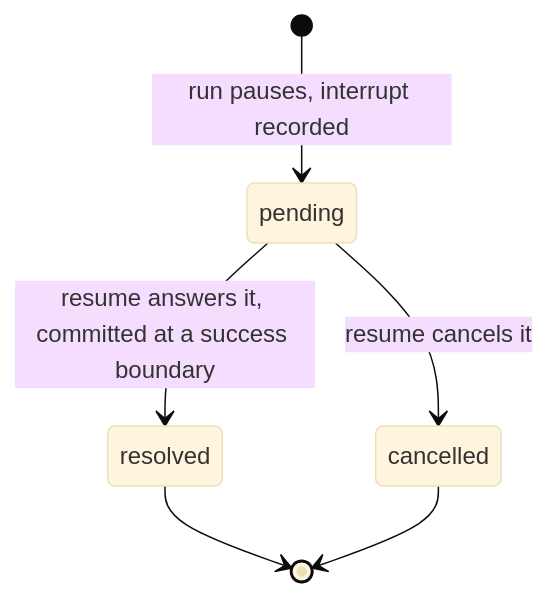
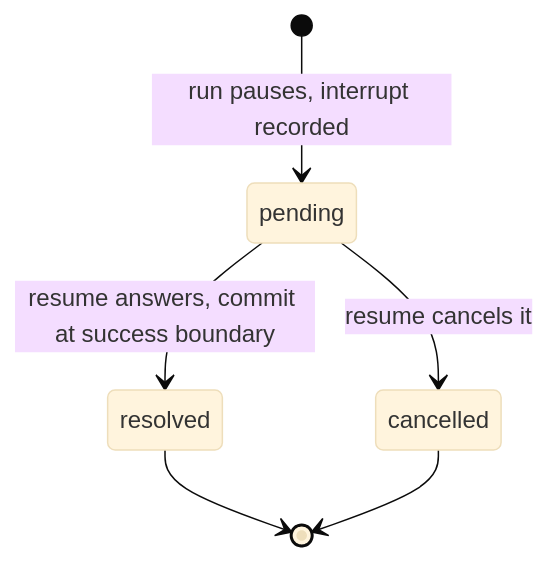
The second of 2 diagrams in docs/persistence/chat-persistence.md (SystemSculpt/ai), drawn with Mermaid (base theme) before and after one commit. The commit also changed other lines of this file and 141 other files, not shown here.

````diff
--- a/docs/persistence/chat-persistence.md
+++ b/docs/persistence/chat-persistence.md
@@ -169,8 +117,8 @@
 ```mermaid
 stateDiagram-v2
     [*] --> pending : run pauses, interrupt recorded
-    pending --> resolved : resume answers it, committed at a success boundary
+    pending --> resolved : resume answers, commit at success boundary
     pending --> cancelled : resume cancels it
     resolved --> [*]
     cancelled --> [*]
 ```
````
